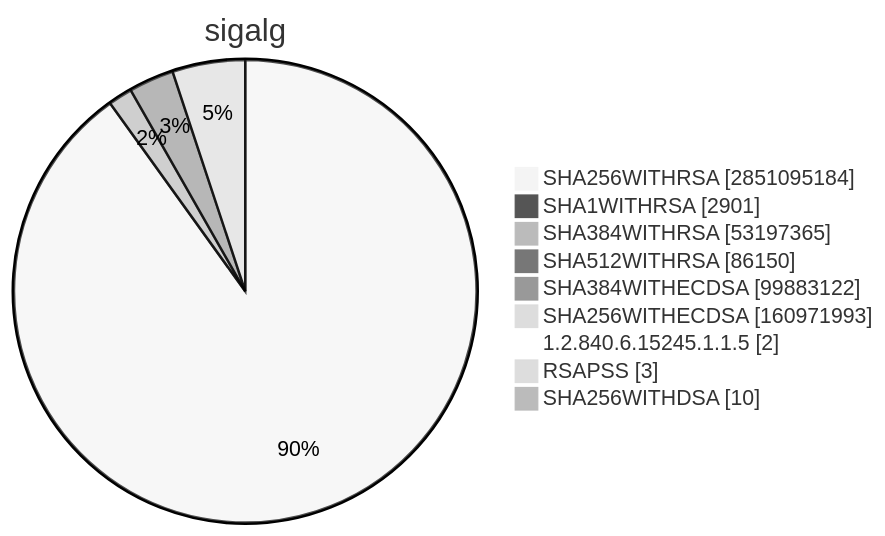
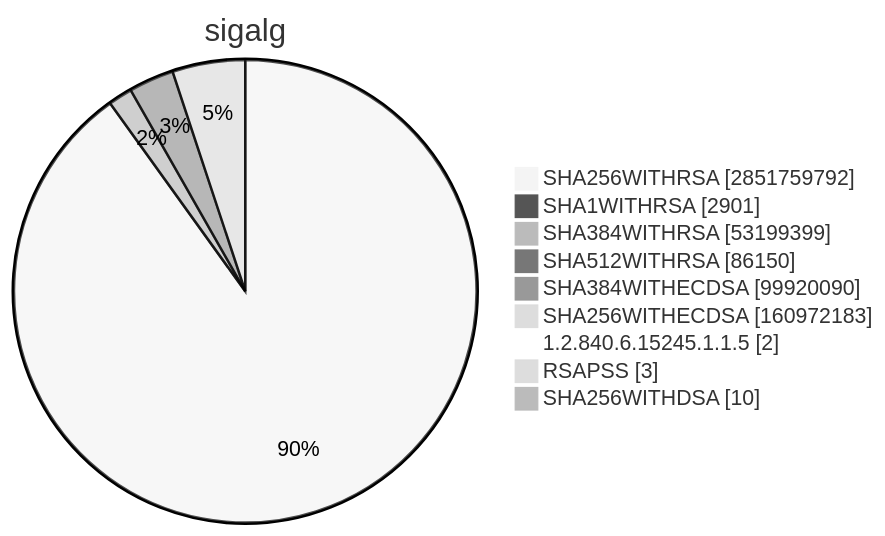
One commit to christiankrug/ctmonitor_visualization changed diagram 15 of 15 in TOTAL/README.md. Above: the diagram before and after it, drawn with Mermaid (neutral theme). The commit also changed other lines of this file, not shown here.

````diff
--- a/TOTAL/README.md
+++ b/TOTAL/README.md
@@ -6207,13 +6207,13 @@
 ```mermaid
 pie showData
 title sigalg
-"SHA256WITHRSA" :2851095184
+"SHA256WITHRSA" :2851759792
 "SHA1WITHRSA" :2901
-"SHA384WITHRSA" :53197365
+"SHA384WITHRSA" :53199399
 "SHA512WITHRSA" :86150
-"SHA384WITHECDSA" :99883122
-"SHA256WITHECDSA" :160971993
+"SHA384WITHECDSA" :99920090
+"SHA256WITHECDSA" :160972183
 "1.2.840.6.15245.1.1.5" :2
 "RSAPSS" :3
 "SHA256WITHDSA" :10
 ```
````
